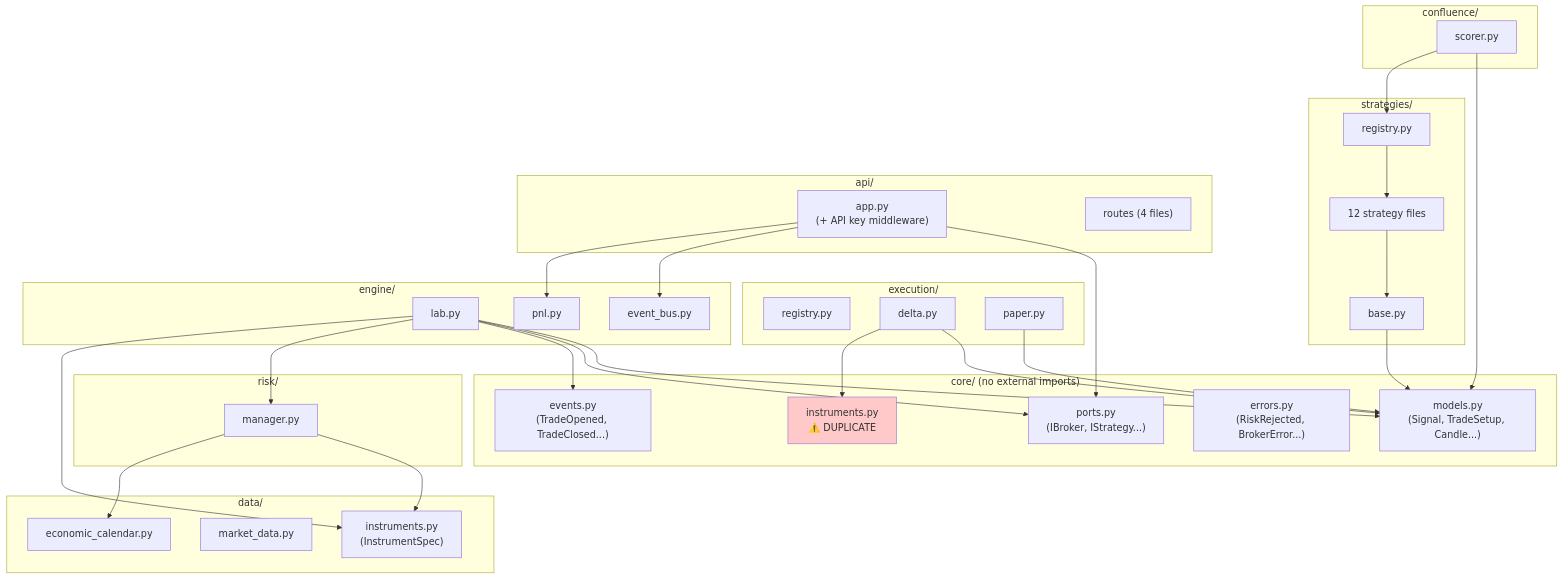
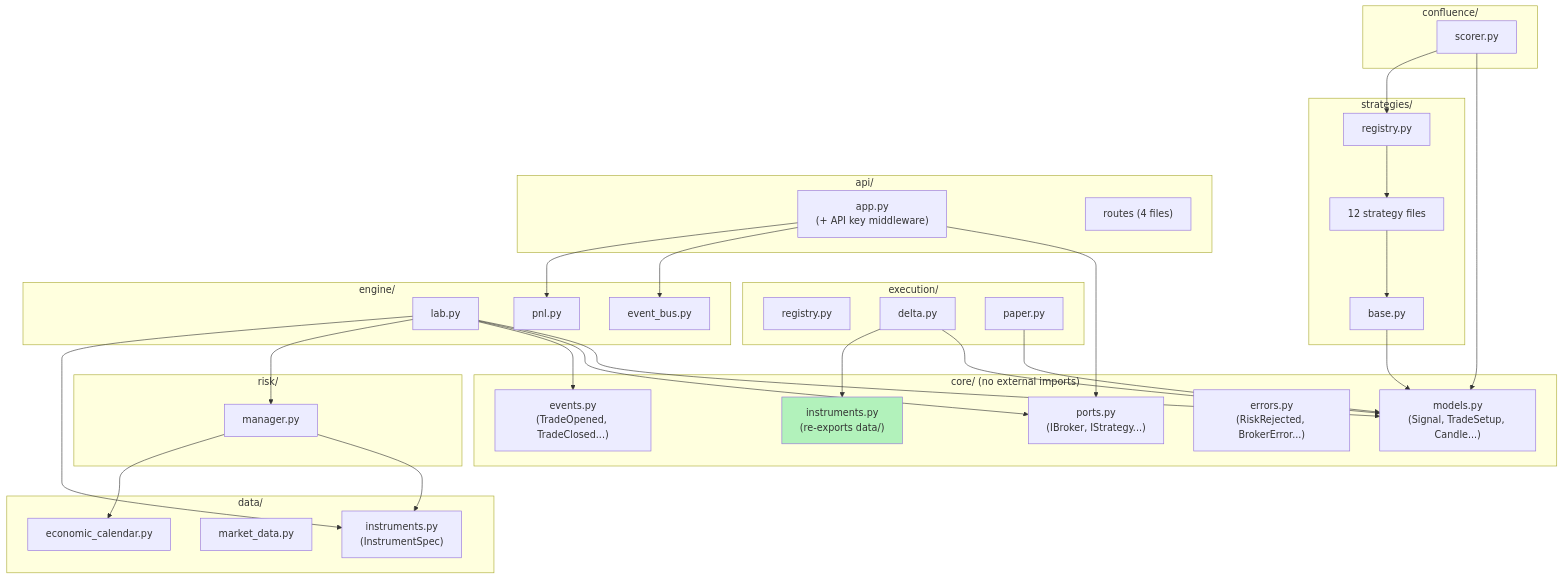
Before and after one commit to kapilll/notas_lave: the fifth of 5 diagrams in docs/system/ARCHITECTURE.md, drawn with Mermaid. The commit also changed other lines of this file and 8 other files, not shown here.

````diff
--- a/docs/system/ARCHITECTURE.md
+++ b/docs/system/ARCHITECTURE.md
@@ -231,69 +231,69 @@
 ```mermaid
 graph TD
     subgraph core["core/ (no external imports)"]
         models["models.py<br/>(Signal, TradeSetup, Candle...)"]
         ports["ports.py<br/>(IBroker, IStrategy...)"]
         events["events.py<br/>(TradeOpened, TradeClosed...)"]
         errors["errors.py<br/>(RiskRejected, BrokerError...)"]
-        inst_core["instruments.py<br/>⚠️ DUPLICATE"]
+        inst_core["instruments.py<br/>(re-exports data/)"]
     end
 
     subgraph engine_["engine/"]
         lab["lab.py"]
         bus["event_bus.py"]
         pnl["pnl.py"]
     end
 
     subgraph execution["execution/"]
         registry["registry.py"]
         delta["delta.py"]
         paper["paper.py"]
     end
 
     subgraph data["data/"]
         instruments["instruments.py<br/>(InstrumentSpec)"]
         market["market_data.py"]
         calendar["economic_calendar.py"]
     end
 
     subgraph strategies["strategies/"]
         base["base.py"]
         strat_reg["registry.py"]
         strats["12 strategy files"]
     end
 
     subgraph confluence_["confluence/"]
         scorer["scorer.py"]
     end
 
     subgraph risk_["risk/"]
         risk_mgr["manager.py"]
     end
 
     subgraph api["api/"]
         app["app.py<br/>(+ API key middleware)"]
         routes["routes (4 files)"]
     end
 
     %% Dependencies (should flow inward to core)
     lab --> models
     lab --> ports
     lab --> events
     lab --> risk_mgr
     lab --> instruments
     delta --> models
     delta --> inst_core
     paper --> models
     scorer --> models
     scorer --> strat_reg
     risk_mgr --> instruments
     risk_mgr --> calendar
     app --> ports
     app --> bus
     app --> pnl
     base --> models
     strats --> base
     strat_reg --> strats
 
-    style inst_core fill:#ffc9c9
+    style inst_core fill:#b2f2bb
 ```
````
